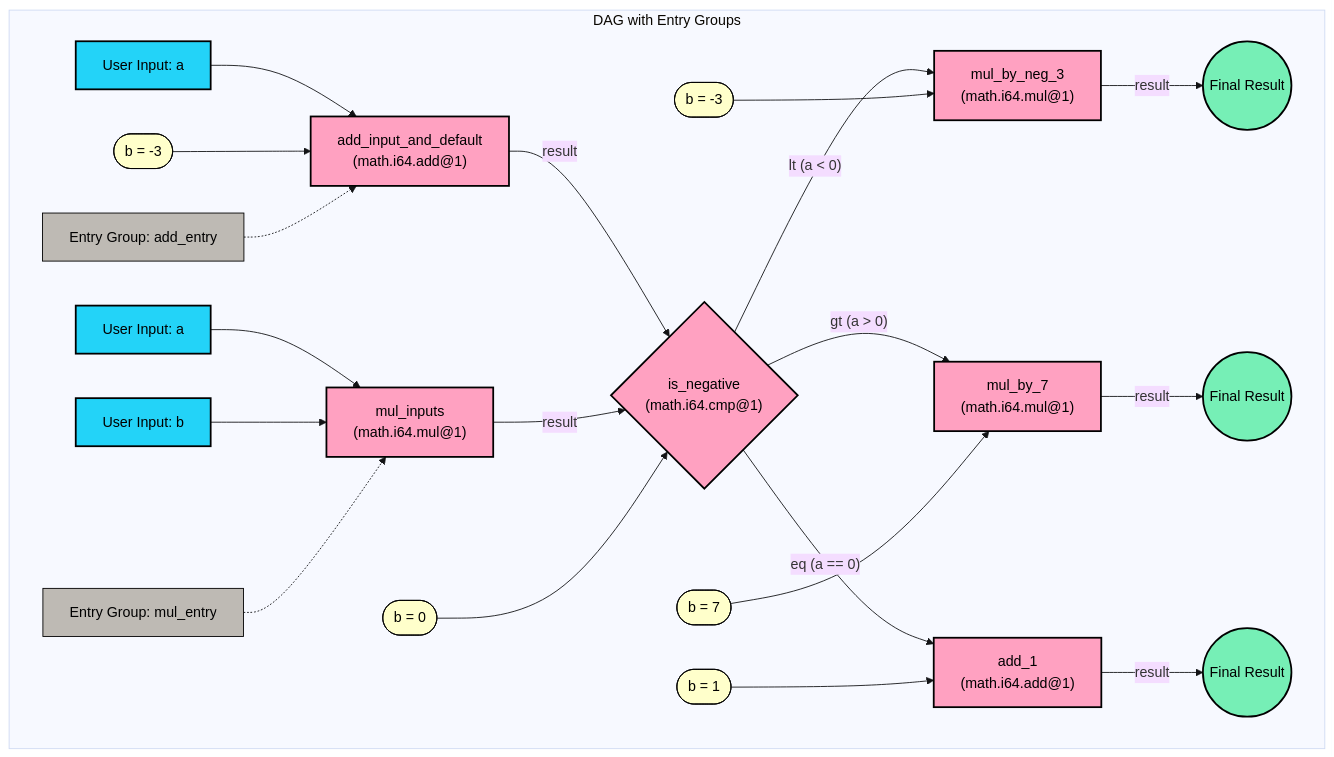
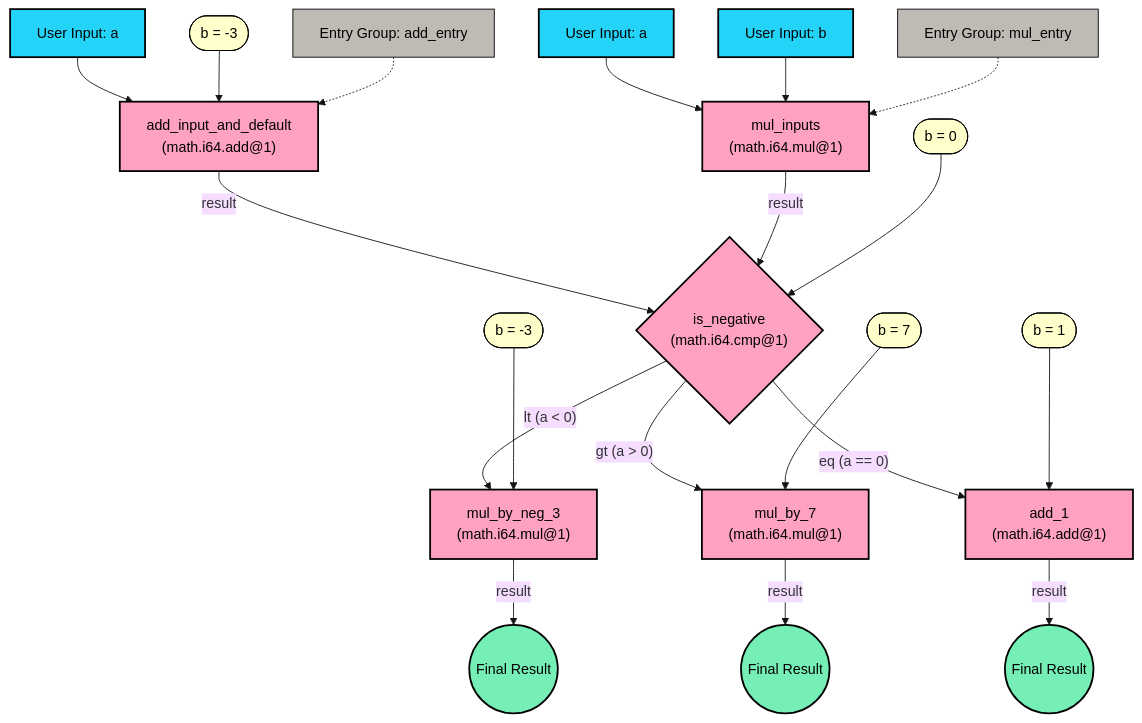
The diagram in nexus-sdk/guides/math_branching-dag-entry.md (Talus-Network/gitbook-docs), drawn with Mermaid before and after one commit. The commit also changed other lines of this file and 9 other files, not shown here.

````diff
--- a/nexus-sdk/guides/math_branching-dag-entry.md
+++ b/nexus-sdk/guides/math_branching-dag-entry.md
@@ -33,48 +33,46 @@
 ```mermaid
 %%{init: {'theme': 'base', 'themeVariables': { 'background': '#ECEBE9' }}}%%
 graph TD
-    subgraph "DAG with Entry Groups"
         %% Entry points and their inputs
         InputA1[User Input: a] --> A["add_input_and_default<br>(math.i64.add@1)"];
         Def1([b = -3]) --> A;
         InputM1[User Input: a] --> M["mul_inputs<br>(math.i64.mul@1)"];
         InputM2[User Input: b] --> M;
         
         %% Entry group indicators
         EG1["Entry Group: add_entry"] -.-> A;
         EG2["Entry Group: mul_entry"] -.-> M;
         
         %% Main flow from entry paths to comparison
         A -- "result" --> B{"is_negative<br>(math.i64.cmp@1)"};
         M -- "result" --> B;
         Def2([b = 0]) --> B;
         
         %% Branching paths based on comparison
         B -- "lt (a < 0)" --> C["mul_by_neg_3<br>(math.i64.mul@1)"];
         Def3([b = -3]) --> C;
         
         B -- "gt (a > 0)" --> D["mul_by_7<br>(math.i64.mul@1)"];
         Def4([b = 7]) --> D;
         
         B -- "eq (a == 0)" --> E["add_1<br>(math.i64.add@1)"];
         Def5([b = 1]) --> E;
         
         %% Final results
         C -- "result" --> Result1((Final Result));
         D -- "result" --> Result2((Final Result));
         E -- "result" --> Result3((Final Result));
-    end
 
     %% Styling
     classDef tool fill:#FFA1C1,stroke:#000000,stroke-width:2px,color:#000000;
     classDef input fill:#23D3F8,stroke:#000000,stroke-width:2px,color:#000000;
     classDef output fill:#76EFB6,stroke:#000000,stroke-width:2px,color:#000000;
     classDef default fill:#FFFFCB,stroke:#000000,stroke-width:1px,color:#000000;
     classDef entrygroup fill:#BEBAB4,stroke:#000000,stroke-width:1px,color:#000000;
     
     class A,C,D,E,M,B tool;
     class Result1,Result2,Result3 output;
     class InputA1,InputM1,InputM2 input;
     class Def1,Def2,Def3,Def4,Def5 default;
     class EG1,EG2 entrygroup;
 ```
````
